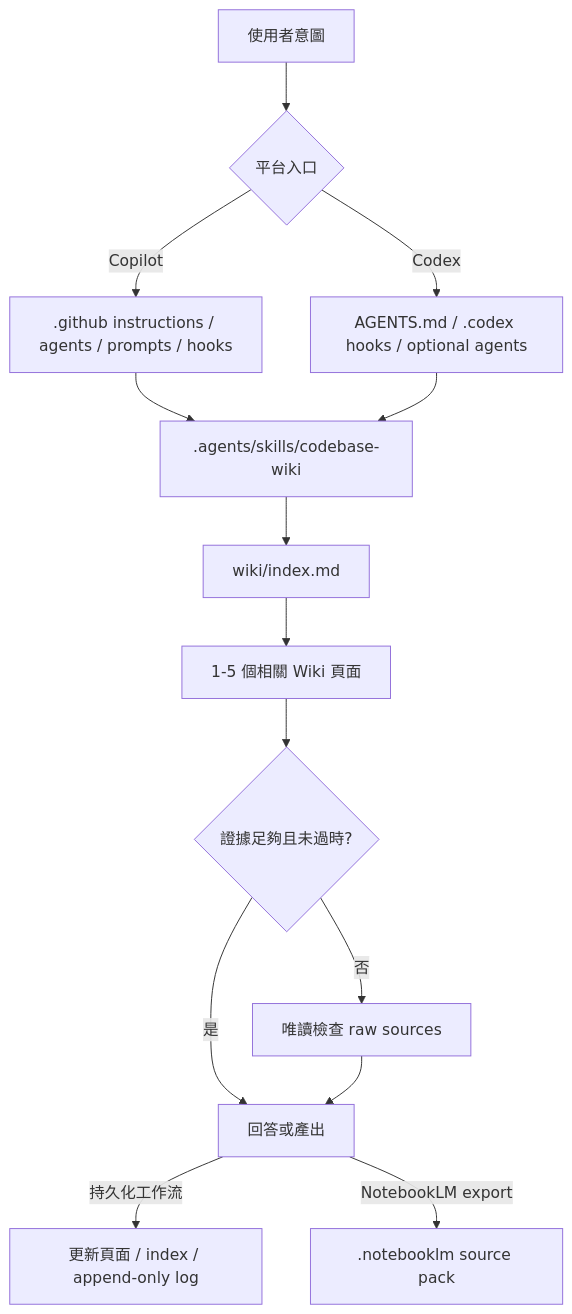
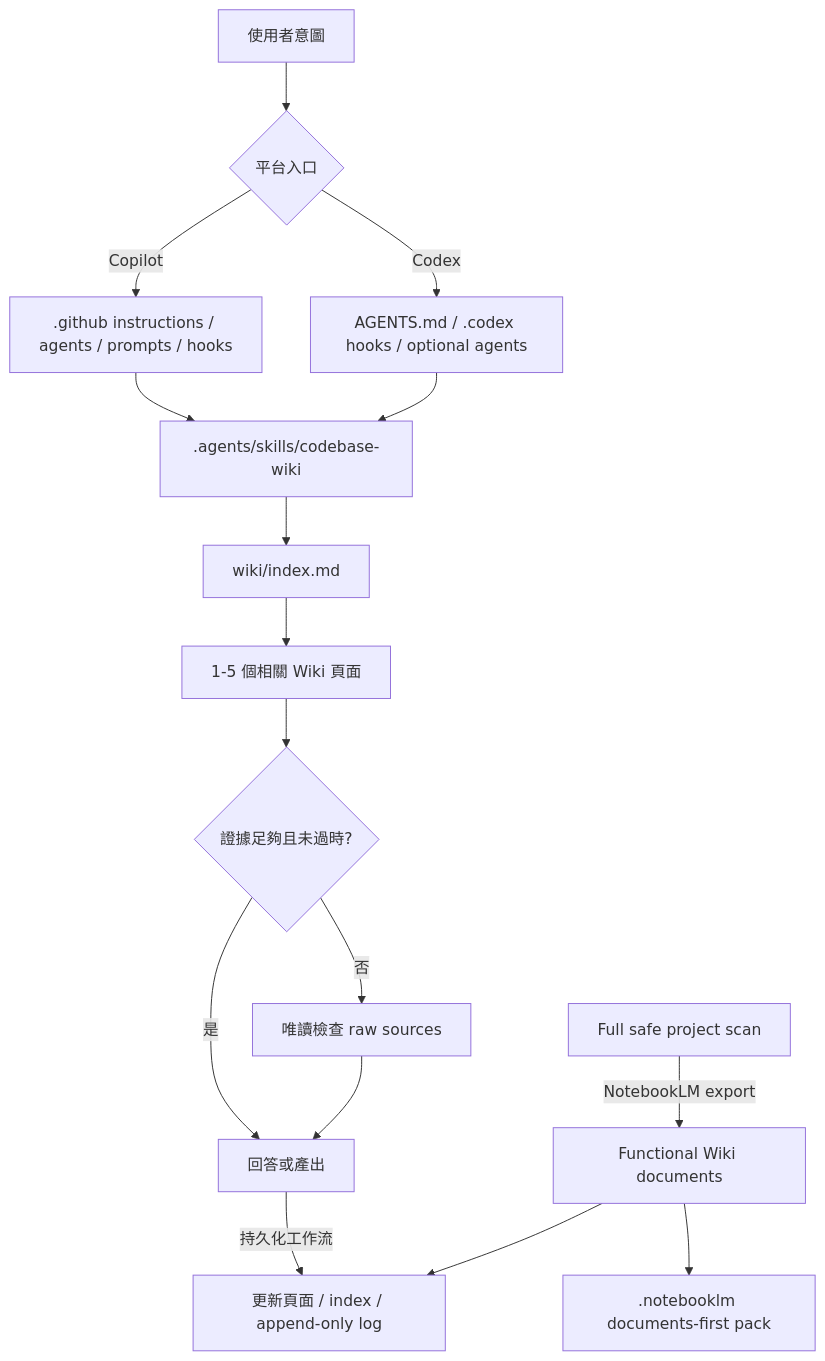
Before and after one commit to dennis8499/code-base-llm-wiki: the diagram in docs/architecture/README.md, drawn with Mermaid. The commit also changed other lines of this file and 34 other files, not shown here.

Commit message:
feature: Update NotebookLM exporter and documentation for full-project preparation

````diff
--- a/docs/architecture/README.md
+++ b/docs/architecture/README.md
@@ -13,16 +13,18 @@
 ```mermaid
 flowchart TB
     User[使用者意圖] --> Entry{平台入口}
     Entry -->|Copilot| GH[.github instructions / agents / prompts / hooks]
     Entry -->|Codex| CX[AGENTS.md / .codex hooks / optional agents]
     GH --> Skill[.agents/skills/codebase-wiki]
     CX --> Skill
     Skill --> Index[wiki/index.md]
     Index --> Pages[1-5 個相關 Wiki 頁面]
     Pages --> Enough{證據足夠且未過時?}
     Enough -->|是| Result[回答或產出]
     Enough -->|否| Sources[唯讀檢查 raw sources]
     Sources --> Result
     Result -->|持久化工作流| Wiki[更新頁面 / index / append-only log]
-    Result -->|NotebookLM export| Pack[.notebooklm source pack]
+    Project[Full safe project scan] -->|NotebookLM export| Docs[Functional Wiki documents]
+    Docs --> Wiki
+    Docs --> Pack[.notebooklm documents-first pack]
 ```
````
